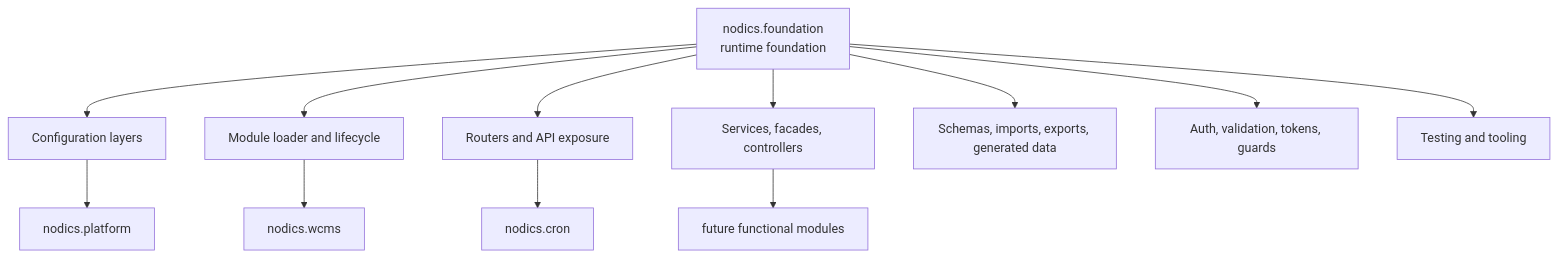
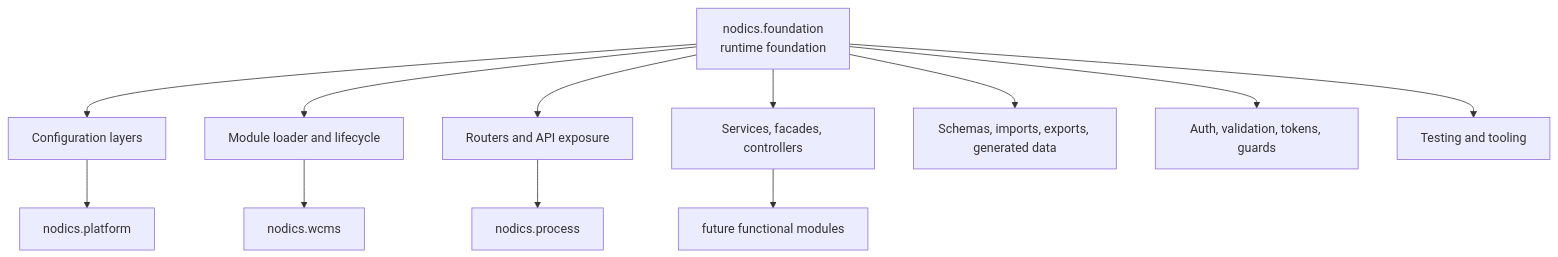
The first of 2 diagrams in nodics.docs/docs/pages/nodics.foundation/overview.md (Nodics/nodics.ai), drawn with Mermaid before and after one commit. The commit also changed 43 other files, not shown here.

````diff
--- a/nodics.docs/docs/pages/nodics.foundation/overview.md
+++ b/nodics.docs/docs/pages/nodics.foundation/overview.md
@@ -45,15 +45,15 @@
 ```mermaid
 flowchart TB
   Core["nodics.foundation<br/>runtime foundation"] --> Config["Configuration layers"]
   Core --> Loader["Module loader and lifecycle"]
   Core --> Routing["Routers and API exposure"]
   Core --> Services["Services, facades, controllers"]
   Core --> Data["Schemas, imports, exports, generated data"]
   Core --> Security["Auth, validation, tokens, guards"]
   Core --> Quality["Testing and tooling"]
 
   Config --> Platform["nodics.platform"]
   Loader --> WCMS["nodics.wcms"]
-  Routing --> Cron["nodics.cron"]
+  Routing --> Process["nodics.process"]
   Services --> Future["future functional modules"]
 ```
````
